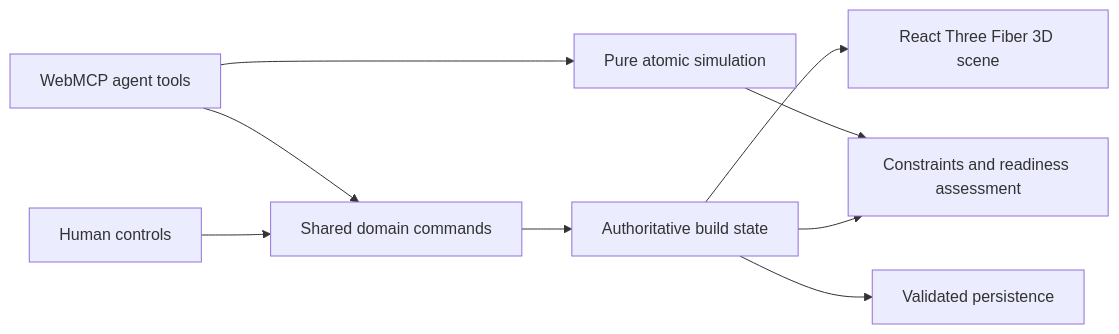
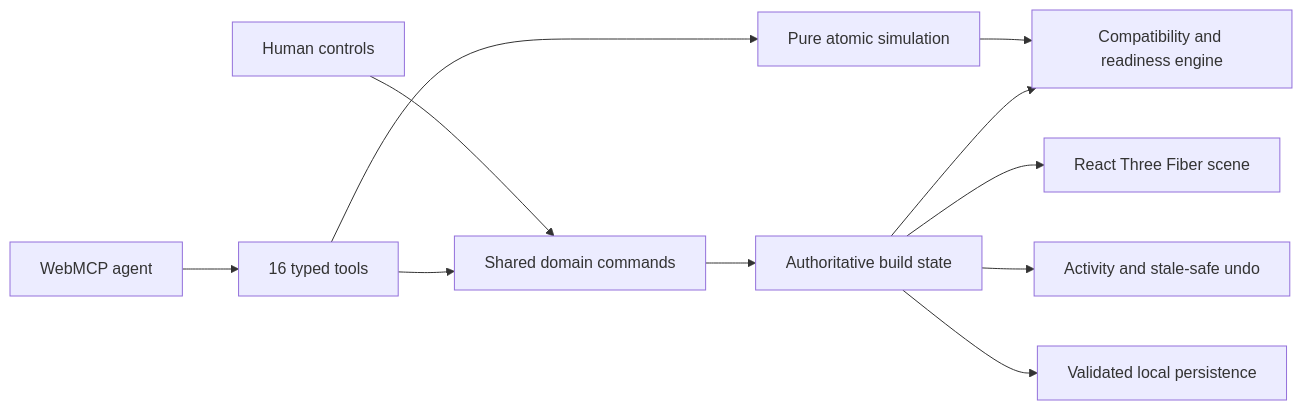
One commit to leechleech04/webMCP-project changed the diagram in README.md. Above: the diagram before and after it, drawn with Mermaid. The commit also changed other lines of this file, not shown here.

````diff
--- a/README.md
+++ b/README.md
@@ -43,11 +110,13 @@
 ```mermaid
 flowchart LR
-  H[Human controls] --> C[Shared domain commands]
-  A[WebMCP agent tools] --> C
-  C --> S[Authoritative build state]
-  S --> V[Constraints and readiness assessment]
-  S --> R[React Three Fiber 3D scene]
-  S --> P[Validated persistence]
-  A --> Q[Pure atomic simulation]
-  Q --> V
+  Human[Human controls] --> Commands[Shared domain commands]
+  Agent[WebMCP agent] --> Tools[16 typed tools]
+  Tools --> Commands
+  Tools --> Simulation[Pure atomic simulation]
+  Simulation --> Constraints[Compatibility and readiness engine]
+  Commands --> State[Authoritative build state]
+  State --> Constraints
+  State --> Scene[React Three Fiber scene]
+  State --> History[Activity and stale-safe undo]
+  State --> Storage[Validated local persistence]
 ```
````
